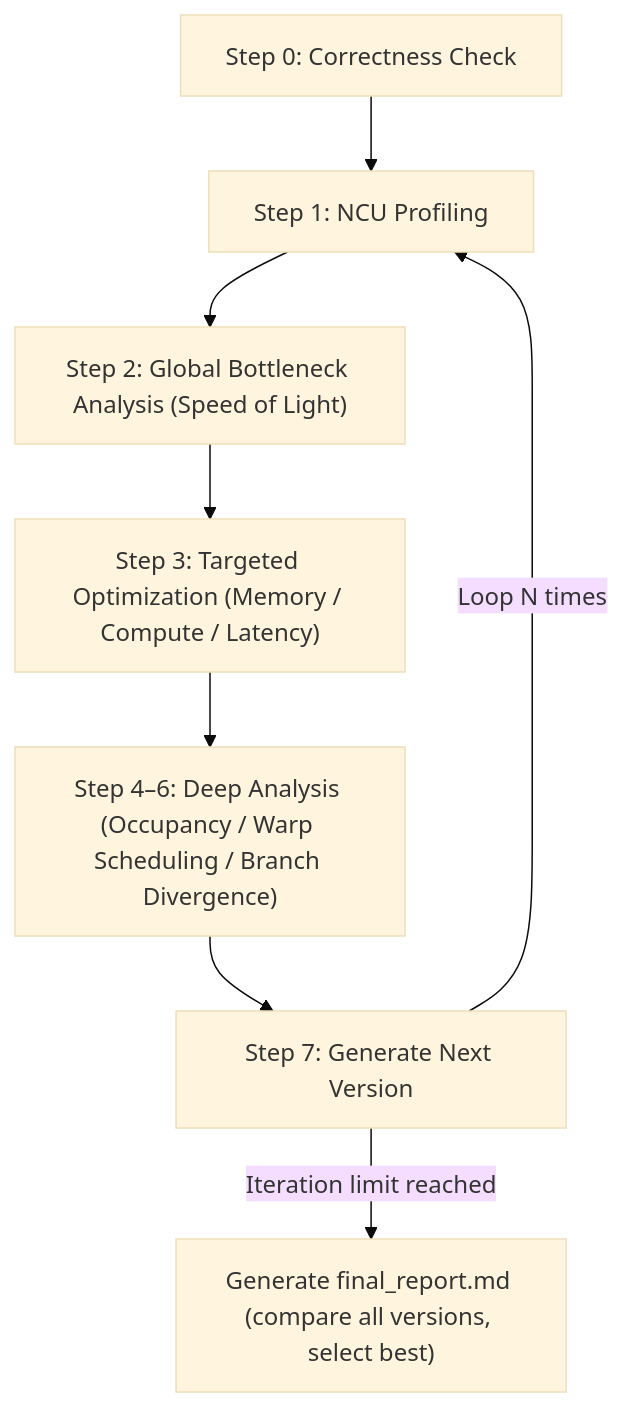
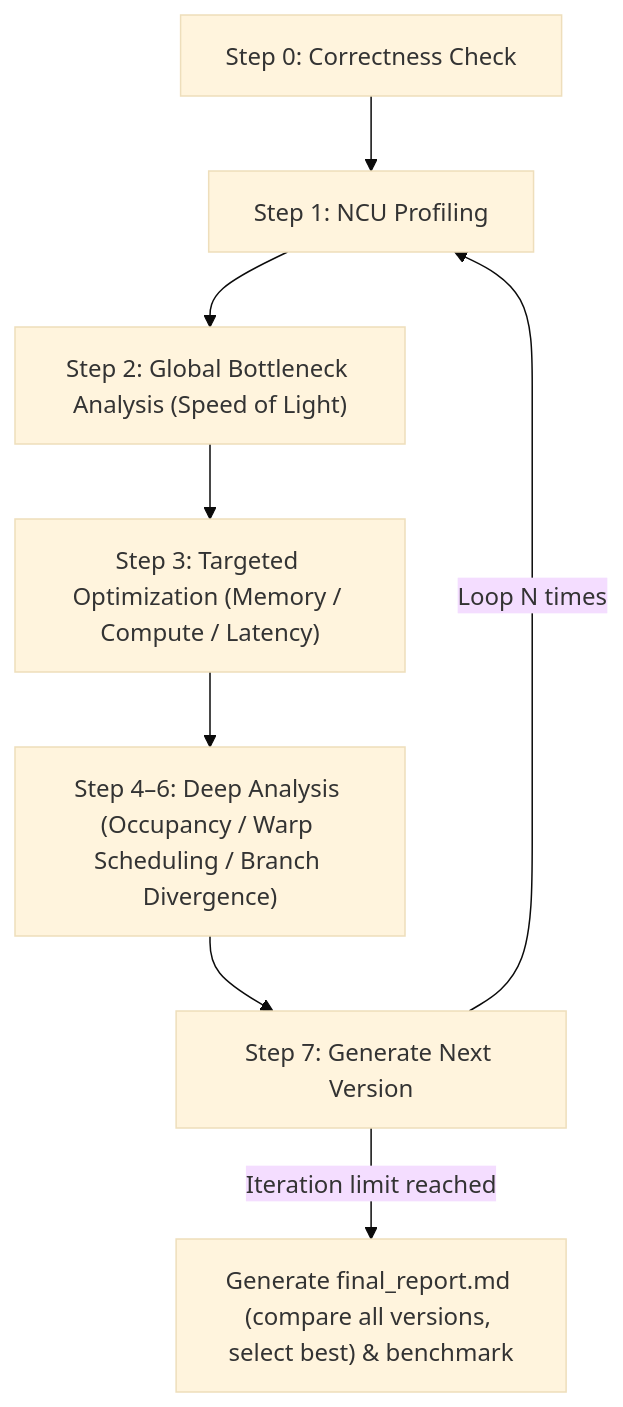
The diagram in README.md (fmh66/kernel-opt-skill), drawn with Mermaid (base theme) before and after one commit. The commit also changed other lines of this file and 16 other files, not shown here.

````diff
--- a/README.md
+++ b/README.md
@@ -41,10 +42,10 @@
 ```mermaid
 flowchart TD
     A[Step 0: Correctness Check] --> B[Step 1: NCU Profiling]
     B --> C["Step 2: Global Bottleneck Analysis (Speed of Light)"]
     C --> D["Step 3: Targeted Optimization (Memory / Compute / Latency)"]
     D --> E["Step 4–6: Deep Analysis (Occupancy / Warp Scheduling / Branch Divergence)"]
     E --> F[Step 7: Generate Next Version]
     F -->|Loop N times| B
-    F -->|Iteration limit reached| G["Generate final_report.md (compare all versions, select best)"]
+    F -->|Iteration limit reached| G["Generate final_report.md (compare all versions, select best) & benchmark"]
 ```
````
